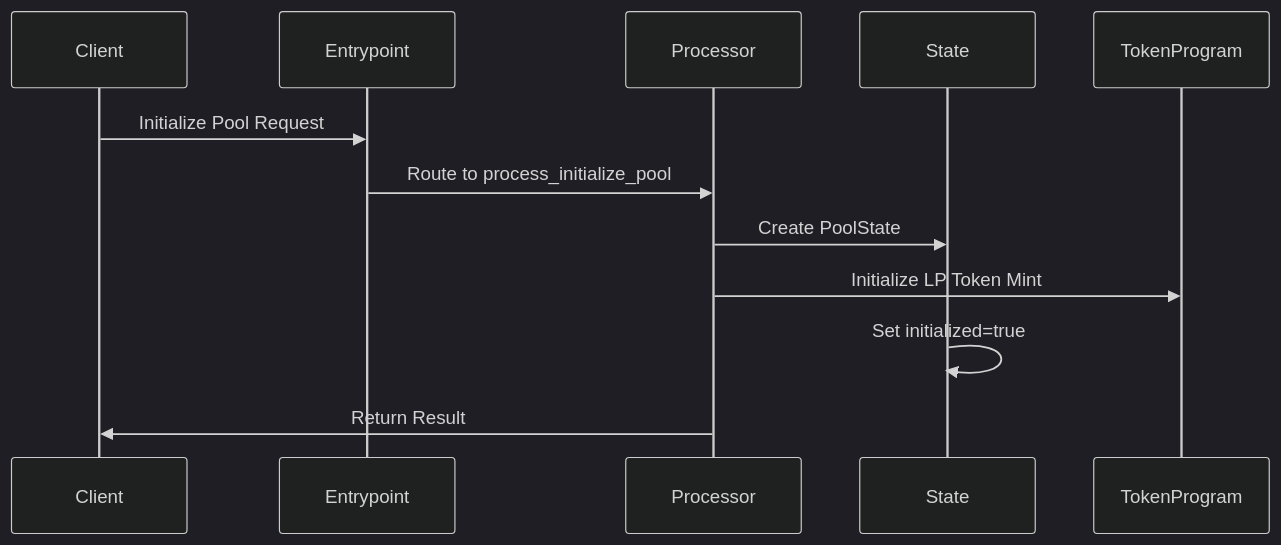
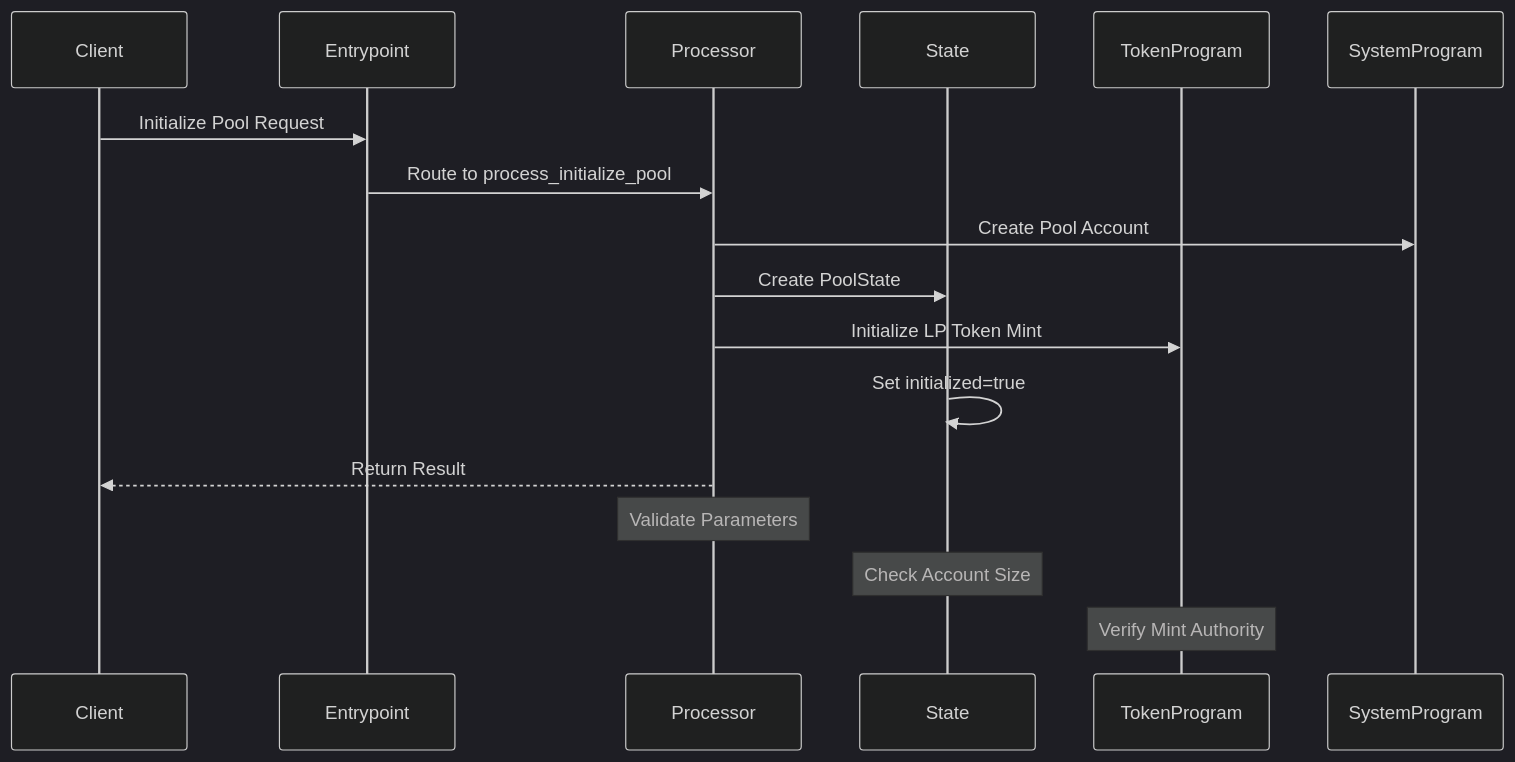
The second of 8 diagrams in docs/code-workflow.md (twannasleep/simple-token-exchange), drawn with Mermaid (dark theme) before and after one commit. The commit also changed other lines of this file and 2 other files, not shown here.

````diff
--- a/docs/code-workflow.md
+++ b/docs/code-workflow.md
@@ -19,15 +29,21 @@
 ```mermaid
 sequenceDiagram
     participant Client
     participant Entrypoint
     participant Processor
     participant State
     participant TokenProgram
+    participant SystemProgram
 
     Client->>Entrypoint: Initialize Pool Request
     Entrypoint->>Processor: Route to process_initialize_pool
+    Processor->>SystemProgram: Create Pool Account
     Processor->>State: Create PoolState
     Processor->>TokenProgram: Initialize LP Token Mint
     State->>State: Set initialized=true
-    Processor->>Client: Return Result
+    Processor-->>Client: Return Result
+
+    Note over Processor: Validate Parameters
+    Note over State: Check Account Size
+    Note over TokenProgram: Verify Mint Authority
 ```
````
